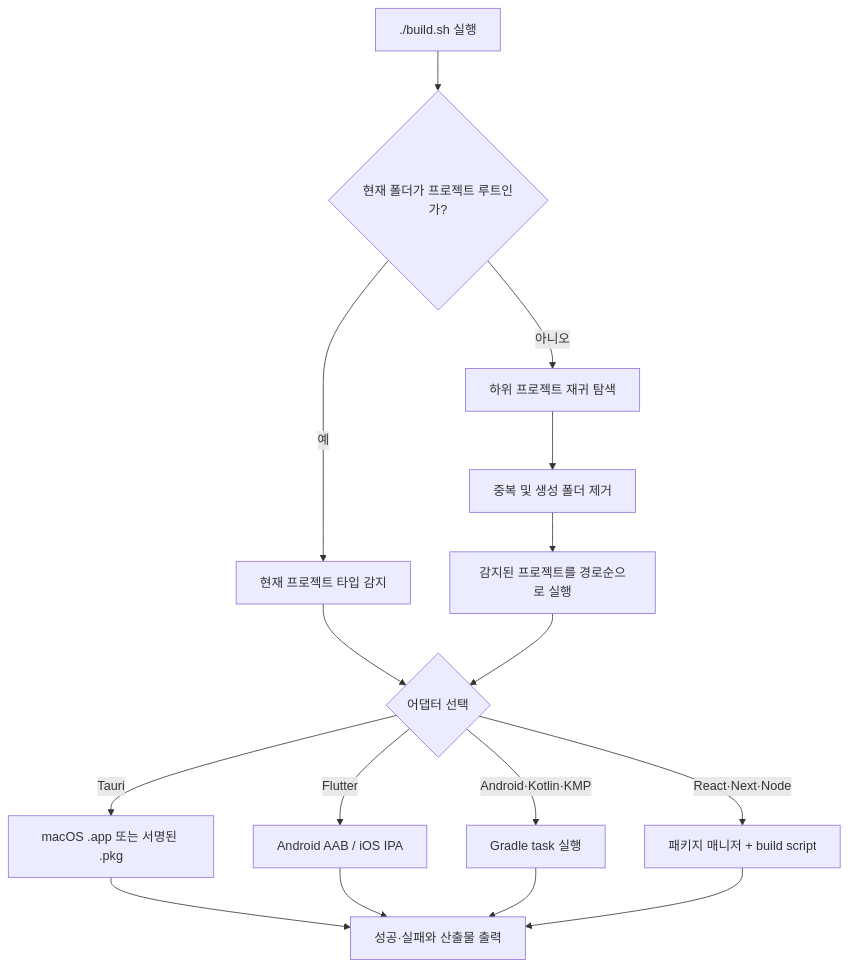
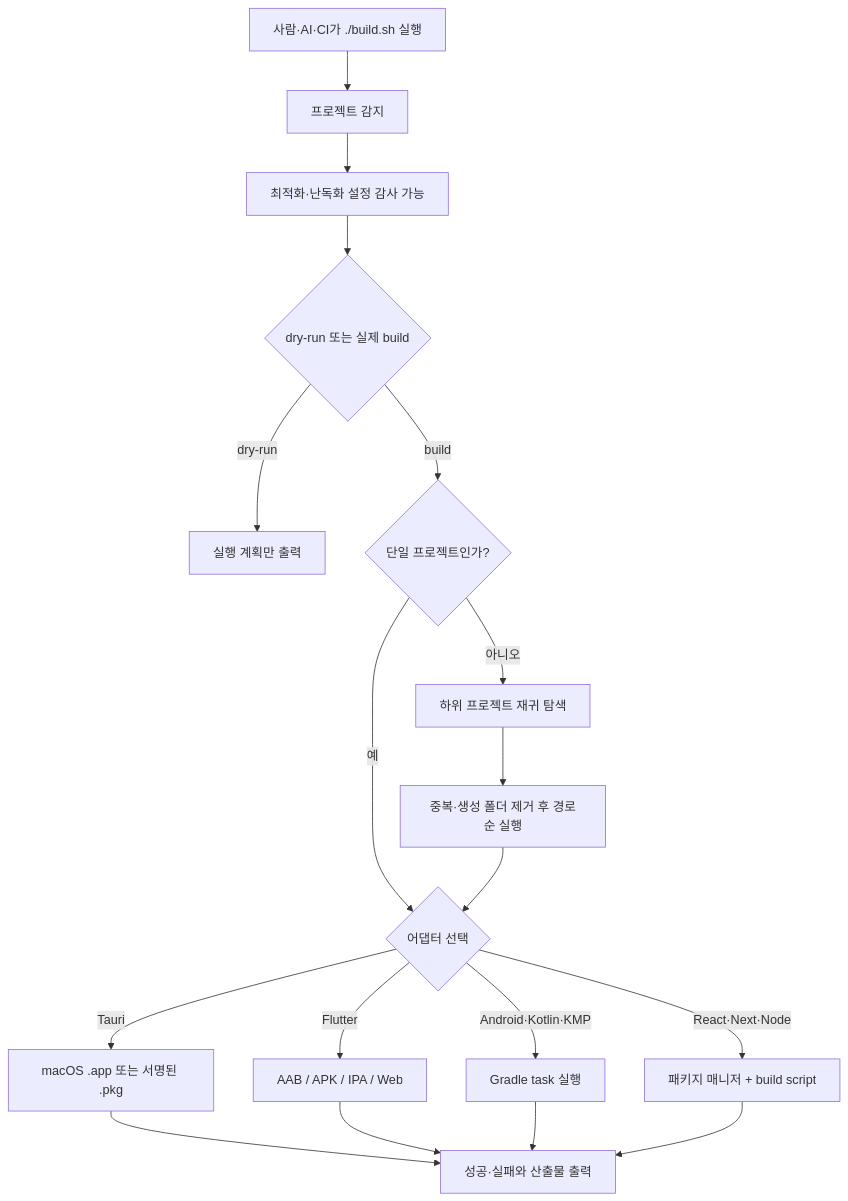
The diagram in README.md (kimdzhekhon/Universal-Build-Script), drawn with Mermaid before and after one commit. The commit also changed other lines of this file and 8 other files, not shown here.

````diff
--- a/README.md
+++ b/README.md
@@ -83,18 +119,20 @@
 ```mermaid
 flowchart TD
-    A["./build.sh 실행"] --> B{"현재 폴더가 프로젝트 루트인가?"}
-    B -->|"예"| C["현재 프로젝트 타입 감지"]
-    B -->|"아니오"| D["하위 프로젝트 재귀 탐색"]
-    D --> E["중복 및 생성 폴더 제거"]
-    E --> F["감지된 프로젝트를 경로순으로 실행"]
-    C --> G{"어댑터 선택"}
-    F --> G
-    G -->|"Tauri"| H["macOS .app 또는 서명된 .pkg"]
-    G -->|"Flutter"| I["Android AAB / iOS IPA"]
-    G -->|"Android·Kotlin·KMP"| J["Gradle task 실행"]
-    G -->|"React·Next·Node"| K["패키지 매니저 + build script"]
-    H --> L["성공·실패와 산출물 출력"]
-    I --> L
-    J --> L
-    K --> L
+    A["사람·AI·CI가 ./build.sh 실행"] --> B["프로젝트 감지"]
+    B --> C["최적화·난독화 설정 감사 가능"]
+    C --> D{"dry-run 또는 실제 build"}
+    D -->|"dry-run"| E["실행 계획만 출력"]
+    D -->|"build"| F{"단일 프로젝트인가?"}
+    F -->|"예"| G{"어댑터 선택"}
+    F -->|"아니오"| H["하위 프로젝트 재귀 탐색"]
+    H --> I["중복·생성 폴더 제거 후 경로순 실행"]
+    I --> G
+    G -->|"Tauri"| J["macOS .app 또는 서명된 .pkg"]
+    G -->|"Flutter"| K["AAB / APK / IPA / Web"]
+    G -->|"Android·Kotlin·KMP"| L["Gradle task 실행"]
+    G -->|"React·Next·Node"| M["패키지 매니저 + build script"]
+    J --> N["성공·실패와 산출물 출력"]
+    K --> N
+    L --> N
+    M --> N
 ```
````
